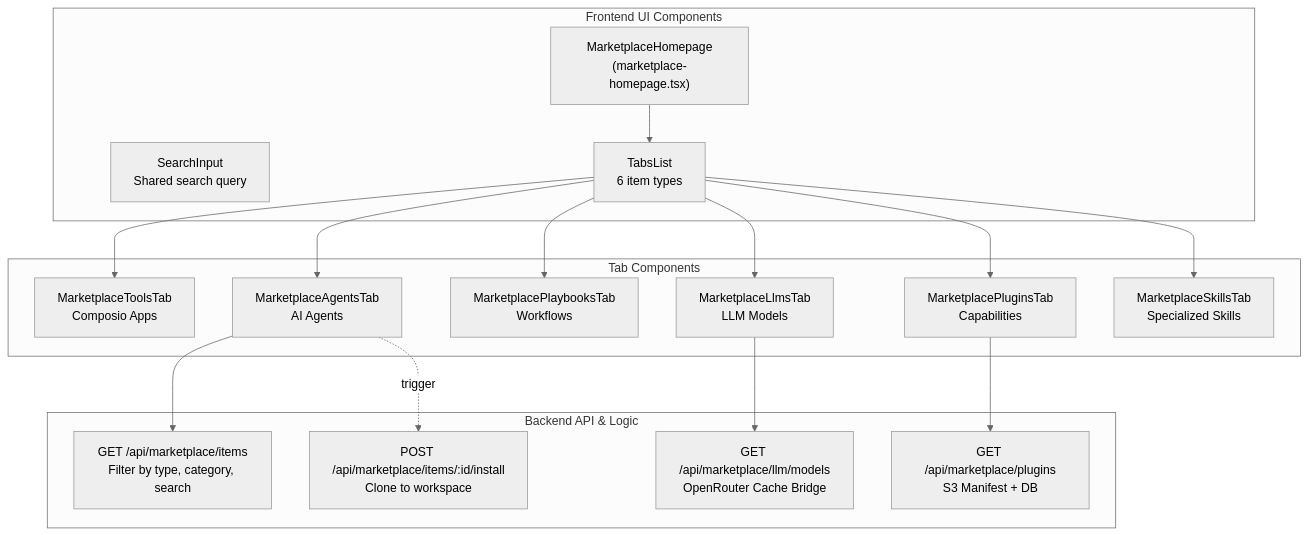
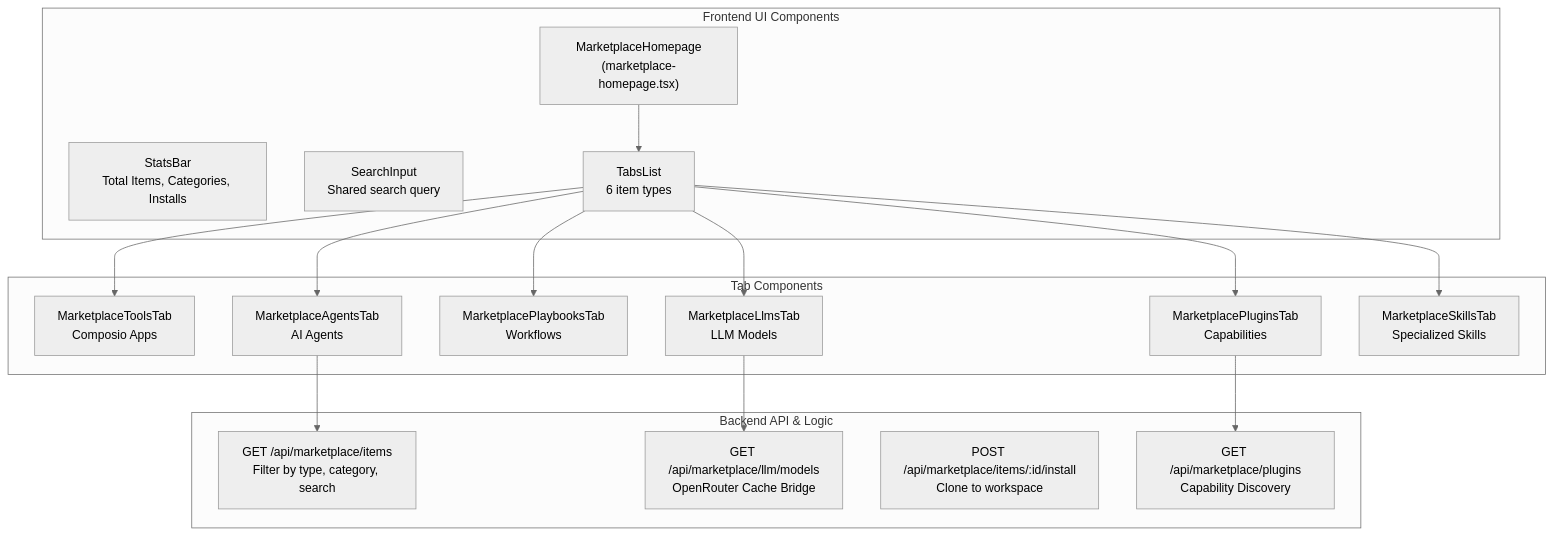
One commit to AutomatosAI/automatos-ai changed the first of 2 diagrams in docs/community-marketplace/browsing-installing-items.md. Above: the diagram before and after it, drawn with Mermaid (neutral theme). The commit also changed other lines of this file and 191 other files, not shown here.

````diff
--- a/docs/community-marketplace/browsing-installing-items.md
+++ b/docs/community-marketplace/browsing-installing-items.md
@@ -46,38 +56,37 @@
 ```mermaid
 graph TB
     subgraph "Frontend UI Components"
         Homepage["MarketplaceHomepage<br/>(marketplace-homepage.tsx)"]
+        StatsBar["StatsBar<br/>Total Items, Categories, Installs"]
         SearchInput["SearchInput<br/>Shared search query"]
         TabsList["TabsList<br/>6 item types"]
     end
     
     subgraph "Tab Components"
         ToolsTab["MarketplaceToolsTab<br/>Composio Apps"]
         AgentsTab["MarketplaceAgentsTab<br/>AI Agents"]
         RecipesTab["MarketplacePlaybooksTab<br/>Workflows"]
         LlmsTab["MarketplaceLlmsTab<br/>LLM Models"]
         PluginsTab["MarketplacePluginsTab<br/>Capabilities"]
         SkillsTab["MarketplaceSkillsTab<br/>Specialized Skills"]
     end
     
     subgraph "Backend API & Logic"
-        ItemsAPI["GET /api/marketplace/items<br/>Filter by type, category, search"]
+        ListAPI["GET /api/marketplace/items<br/>Filter by type, category, search"]
         LLM_API["GET /api/marketplace/llm/models<br/>OpenRouter Cache Bridge"]
-        PluginAPI["GET /api/marketplace/plugins<br/>S3 Manifest + DB"]
         InstallAPI["POST /api/marketplace/items/:id/install<br/>Clone to workspace"]
+        PluginAPI["GET /api/marketplace/plugins<br/>Capability Discovery"]
     end
     
     Homepage --> TabsList
     TabsList --> ToolsTab
     TabsList --> AgentsTab
     TabsList --> RecipesTab
     TabsList --> LlmsTab
     TabsList --> PluginsTab
     TabsList --> SkillsTab
     
-    AgentsTab --> ItemsAPI
+    AgentsTab --> ListAPI
     LlmsTab --> LLM_API
     PluginsTab --> PluginAPI
-    
-    AgentsTab -.trigger.-> InstallAPI
 ```
````
